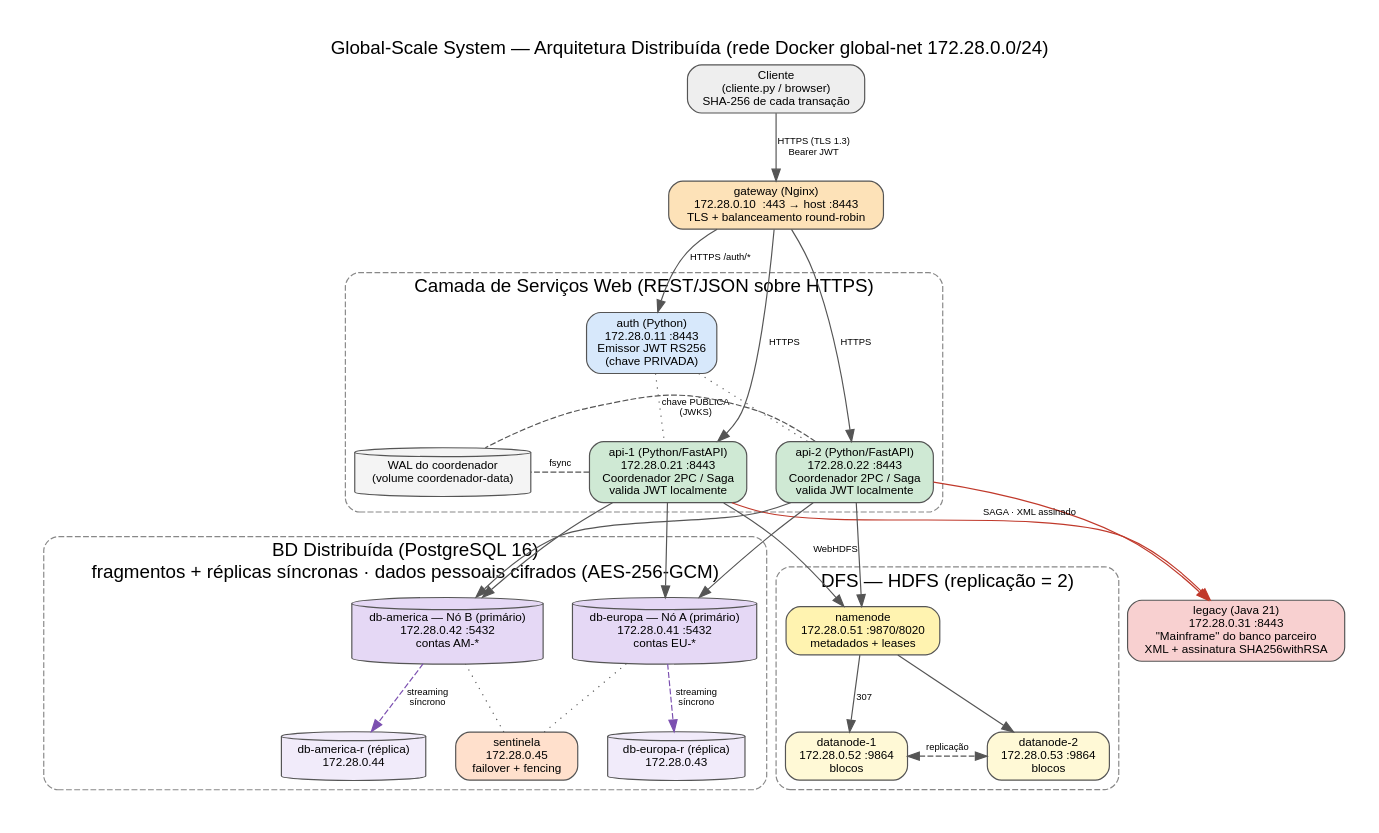
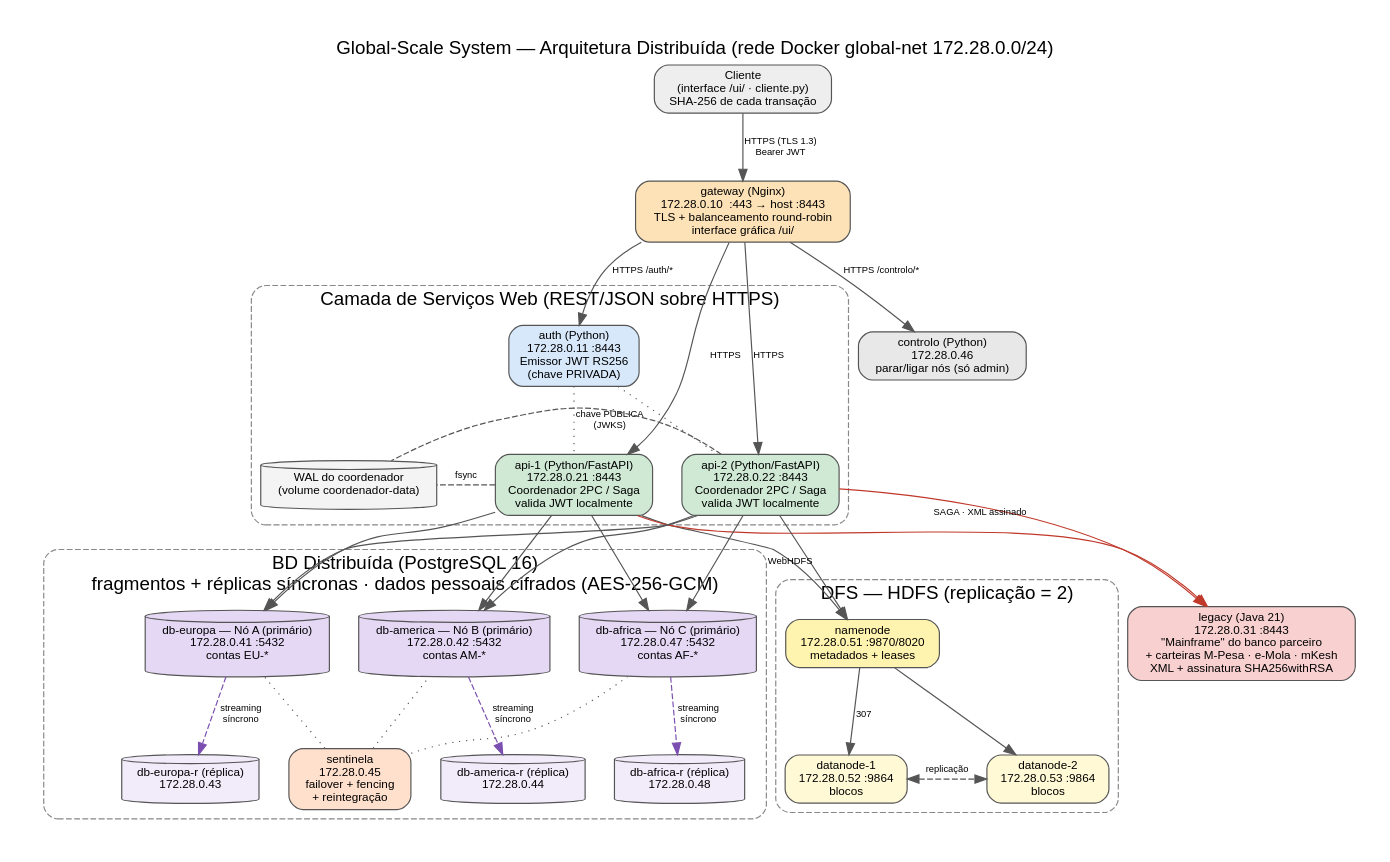
One commit to nameless-258/global-scale-system changed the diagram in docs/arquitetura.dot. Above: the diagram before and after it, drawn with Graphviz. The commit also changed 30 other files, not shown here.

First line of the commit message:
Interface grafica, regiao Africa, carteiras moveis, extrato e gestao de clientes

```diff
--- a/docs/arquitetura.dot
+++ b/docs/arquitetura.dot
@@ -1,55 +1,60 @@
 digraph G {
   graph [rankdir=TB, newrank=true, splines=spline, concentrate=false, fontname="Helvetica", fontsize=12, nodesep=0.35, ranksep=0.55, pad=0.3, bgcolor="white",
          label="Global-Scale System — Arquitetura Distribuída (rede Docker global-net 172.28.0.0/24)", labelloc=t, fontsize=16];
   node  [shape=box, style="rounded,filled", fontname="Helvetica", fontsize=10, color="#555555"];
   edge  [fontname="Helvetica", fontsize=8, color="#555555"];
 
-  cliente [label="Cliente\n(cliente.py / browser)\nSHA-256 de cada transação", fillcolor="#eeeeee"];
-  gateway [label="gateway (Nginx)\n172.28.0.10  :443 → host :8443\nTLS + balanceamento round-robin", fillcolor="#fde2b8"];
+  cliente [label="Cliente\n(interface /ui/ · cliente.py)\nSHA-256 de cada transação", fillcolor="#eeeeee"];
+  gateway [label="gateway (Nginx)\n172.28.0.10  :443 → host :8443\nTLS + balanceamento round-robin\ninterface gráfica /ui/", fillcolor="#fde2b8"];
 
   subgraph cluster_app { label="Camada de Serviços Web (REST/JSON sobre HTTPS)"; style="rounded,dashed"; color="#888888";
     auth  [label="auth (Python)\n172.28.0.11 :8443\nEmissor JWT RS256\n(chave PRIVADA)", fillcolor="#d7e8fb"];
     api1  [label="api-1 (Python/FastAPI)\n172.28.0.21 :8443\nCoordenador 2PC / Saga\nvalida JWT localmente", fillcolor="#cfe9d4"];
     api2  [label="api-2 (Python/FastAPI)\n172.28.0.22 :8443\nCoordenador 2PC / Saga\nvalida JWT localmente", fillcolor="#cfe9d4"];
     wal   [label="WAL do coordenador\n(volume coordenador-data)", shape=cylinder, fillcolor="#f4f4f4"];
   }
 
   subgraph cluster_db { label="BD Distribuída (PostgreSQL 16)\nfragmentos + réplicas síncronas · dados pessoais cifrados (AES-256-GCM)"; style="rounded,dashed"; color="#888888";
     dbeu [label="db-europa — Nó A (primário)\n172.28.0.41 :5432\ncontas EU-*", shape=cylinder, fillcolor="#e5d8f5"];
     dbeur [label="db-europa-r (réplica)\n172.28.0.43", shape=cylinder, fillcolor="#f1ebfa"];
     dbam [label="db-america — Nó B (primário)\n172.28.0.42 :5432\ncontas AM-*", shape=cylinder, fillcolor="#e5d8f5"];
     dbamr [label="db-america-r (réplica)\n172.28.0.44", shape=cylinder, fillcolor="#f1ebfa"];
-    sent [label="sentinela\n172.28.0.45\nfailover + fencing", fillcolor="#ffe0cc"];
+    dbaf [label="db-africa — Nó C (primário)\n172.28.0.47 :5432\ncontas AF-*", shape=cylinder, fillcolor="#e5d8f5"];
+    dbafr [label="db-africa-r (réplica)\n172.28.0.48", shape=cylinder, fillcolor="#f1ebfa"];
+    sent [label="sentinela\n172.28.0.45\nfailover + fencing\n+ reintegração", fillcolor="#ffe0cc"];
     dbeu -> dbeur [label="streaming\nsíncrono", style=dashed, color="#7b4fb0"];
     dbam -> dbamr [label="streaming\nsíncrono", style=dashed, color="#7b4fb0"];
-    sent -> dbeu [style=dotted, arrowhead=none]; sent -> dbam [style=dotted, arrowhead=none];
+    dbaf -> dbafr [label="streaming\nsíncrono", style=dashed, color="#7b4fb0"];
+    sent -> dbeu [style=dotted, arrowhead=none]; sent -> dbam [style=dotted, arrowhead=none]; sent -> dbaf [style=dotted, arrowhead=none];
   }
 
   subgraph cluster_dfs { label="DFS — HDFS (replicação = 2)"; style="rounded,dashed"; color="#888888";
     nn  [label="namenode\n172.28.0.51 :9870/8020\nmetadados + leases", fillcolor="#fff3b0"];
     dn1 [label="datanode-1\n172.28.0.52 :9864\nblocos", fillcolor="#fff9d6"];
     dn2 [label="datanode-2\n172.28.0.53 :9864\nblocos", fillcolor="#fff9d6"];
   }
 
-  legacy [label="legacy (Java 21)\n172.28.0.31 :8443\n\"Mainframe\" do banco parceiro\nXML + assinatura SHA256withRSA", fillcolor="#f8d0d0"];
+  controlo [label="controlo (Python)\n172.28.0.46\nparar/ligar nós (só admin)", fillcolor="#e8e8e8"];
+  legacy [label="legacy (Java 21)\n172.28.0.31 :8443\n\"Mainframe\" do banco parceiro\n+ carteiras M-Pesa · e-Mola · mKesh\nXML + assinatura SHA256withRSA", fillcolor="#f8d0d0"];
 
   cliente -> gateway [label="HTTPS (TLS 1.3)\nBearer JWT"];
   gateway -> auth   [label="HTTPS /auth/*"];
   gateway -> api1   [label="HTTPS"];
   gateway -> api2   [label="HTTPS"];
   auth -> api1 [style=dotted, label="chave PÚBLICA\n(JWKS)", arrowhead=none];
   auth -> api2 [style=dotted, arrowhead=none];
   {rank=same; wal; api1; api2;}
   wal -> api1 [style=invis];
   api1 -> wal [style=dashed, arrowhead=none, label="fsync"]; api2 -> wal [style=dashed, arrowhead=none, constraint=false];
-  {rank=same; dbeu; dbam; nn; legacy;}
-  {rank=same; dbeur; dbamr; sent;}
+  {rank=same; dbeu; dbam; dbaf; nn; legacy;}
+  {rank=same; dbeur; dbamr; dbafr; sent;}
+  gateway -> controlo [label="HTTPS /controlo/*"];
   {rank=same; dn1; dn2;}
-  api1 -> dbeu; api1 -> dbam;
-  api2 -> dbeu; api2 -> dbam;
+  api1 -> dbeu; api1 -> dbam; api1 -> dbaf;
+  api2 -> dbeu; api2 -> dbam; api2 -> dbaf;
   api1 -> legacy [color="#c0392b"];
   api2 -> legacy [color="#c0392b", xlabel="SAGA · XML assinado"];
   api1 -> nn; api2 -> nn [xlabel="WebHDFS"];
   nn -> dn1 [label="307"]; nn -> dn2;
   dn1 -> dn2 [dir=both, style=dashed, label="replicação"];
 }
```
